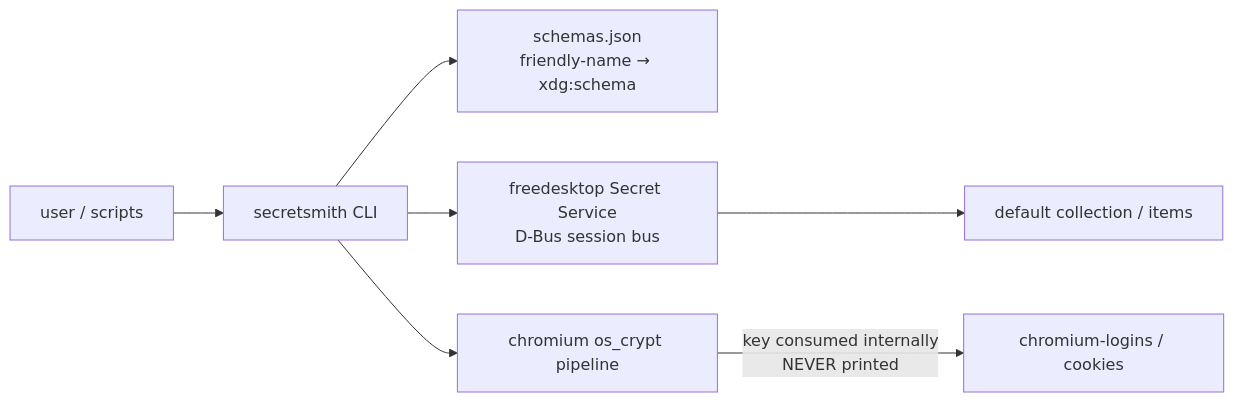
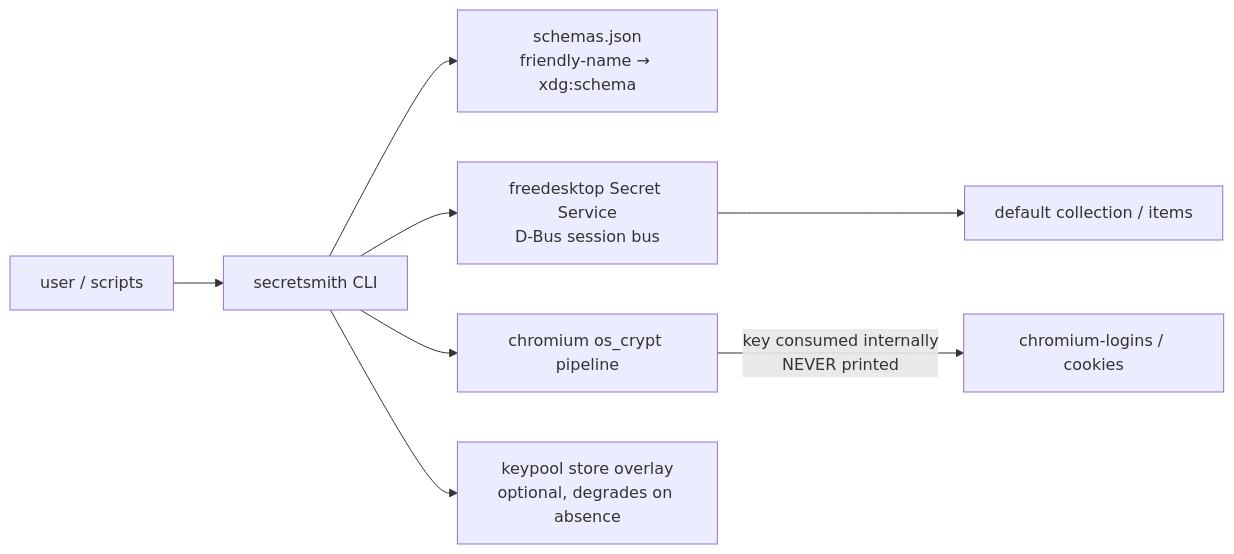
The diagram in projects/mesh/secretsmith/README.md (toxicwind/estate), drawn with Mermaid before and after one commit. The commit also changed other lines of this file, not shown here.

Commit message:
docs: patch README with selftest, keypool integration, env table

````diff
--- a/projects/mesh/secretsmith/README.md
+++ b/projects/mesh/secretsmith/README.md
@@ -36,9 +56,10 @@
 ```mermaid
 flowchart LR
     U[user / scripts] --> CLI[secretsmith CLI]
     CLI --> REG[schemas.json<br/>friendly-name → xdg:schema]
     CLI --> BUS[freedesktop Secret Service<br/>D-Bus session bus]
     BUS --> COL[default collection / items]
     CLI --> CRYPT[chromium os_crypt pipeline]
     CRYPT -->|key consumed internally<br/>NEVER printed| L[chromium-logins / cookies]
+    CLI --> KP[keypool store overlay<br/>optional, degrades on absence]
 ```
````
